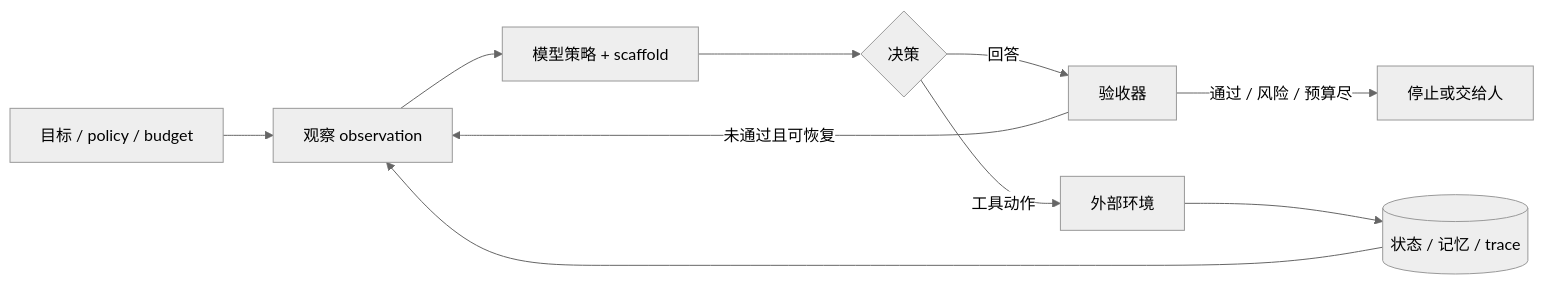
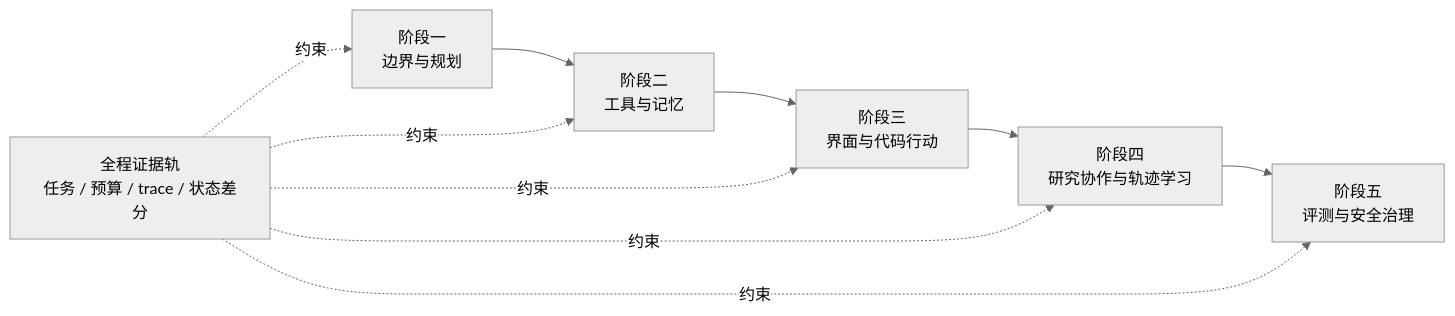
One commit to 007M7/learning007 changed the diagram in docs/frontier/agents/index.md. Above: the diagram before and after it, drawn with Mermaid (neutral theme). The commit also changed other lines of this file and 90 other files, not shown here.

````diff
--- a/docs/frontier/agents/index.md
+++ b/docs/frontier/agents/index.md
@@ -9,12 +33,12 @@
 ```mermaid
 flowchart LR
-  G[目标 / policy / budget] --> O[观察 observation]
-  O --> M[模型策略 + scaffold]
-  M --> D{决策}
-  D -->|回答| V[验收器]
-  D -->|工具动作| E[外部环境]
-  E --> S[(状态 / 记忆 / trace)]
-  S --> O
-  V -->|未通过且可恢复| O
-  V -->|通过 / 风险 / 预算尽| T[停止或交给人]
+  A[阶段一<br/>边界与规划] --> B[阶段二<br/>工具与记忆]
+  B --> C[阶段三<br/>界面与代码行动]
+  C --> D[阶段四<br/>研究协作与轨迹学习]
+  D --> E[阶段五<br/>评测与安全治理]
+  R[全程证据轨<br/>任务 / 预算 / trace / 状态差分] -.约束.-> A
+  R -.约束.-> B
+  R -.约束.-> C
+  R -.约束.-> D
+  R -.约束.-> E
 ```
````
